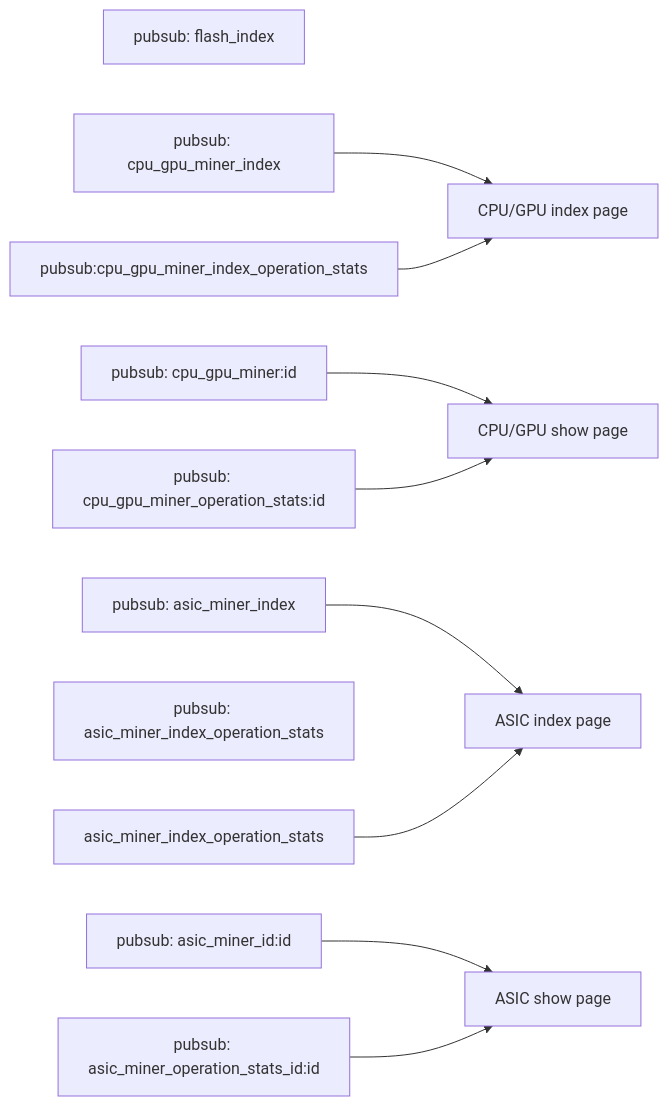
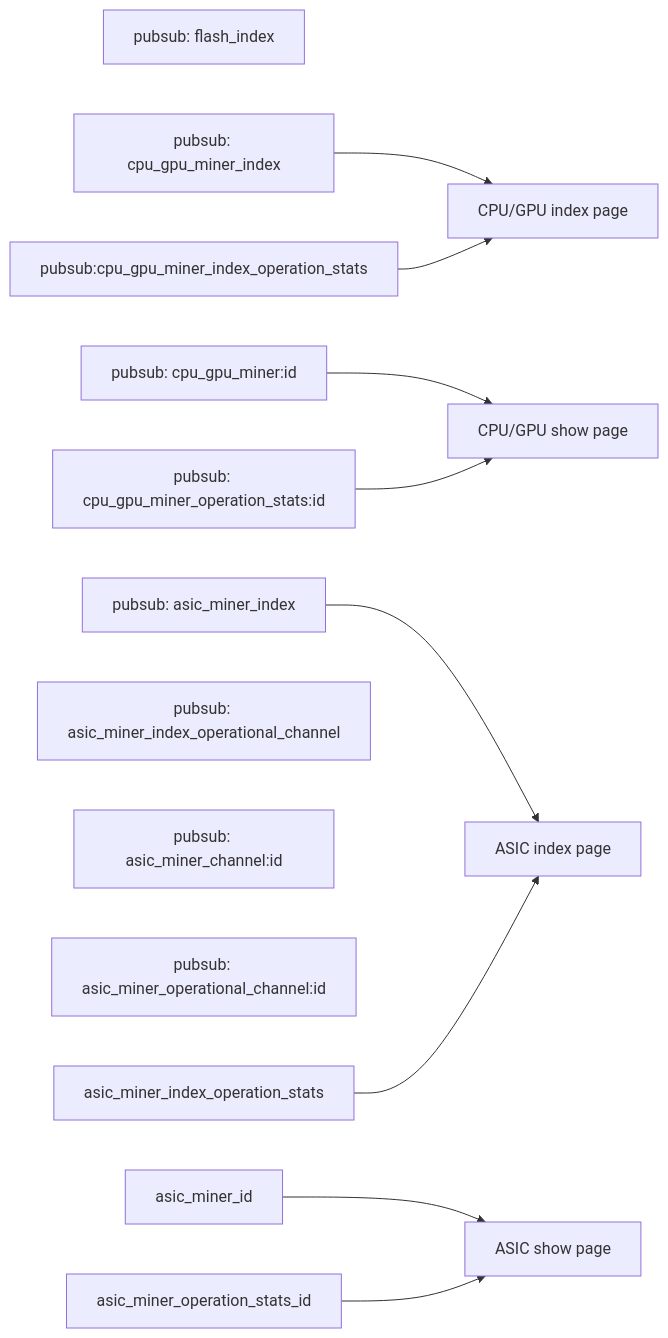
One commit to nguyenvinhlinh/Mining-Rig-Monitor-Document changed the diagram in docs/042-pubsub-channel-summary.md. Above: the diagram before and after it, drawn with Mermaid. The commit also changed other lines of this file and 3 other files, not shown here.

````diff
--- a/docs/042-pubsub-channel-summary.md
+++ b/docs/042-pubsub-channel-summary.md
@@ -23,31 +23,31 @@
 ```mermaid
 flowchart LR
     flash_index[pubsub: flash_index]
 
     cpu_gpu_miner_index[pubsub: cpu_gpu_miner_index]
     cpu_gpu_miner_index_operation_stats[pubsub:cpu_gpu_miner_index_operation_stats]
     cpu_gpu_miner_id[pubsub: cpu_gpu_miner:id]
     cpu_gpu_miner_operation_stats_id[pubsub: cpu_gpu_miner_operation_stats:id]
 
     asic_miner_index[pubsub: asic_miner_index]
-    asic_miner_aggregated_index[pubsub: asic_miner_index_operation_stats]
-    asic_miner_id[pubsub: asic_miner_id:id]
-    asic_miner_operation_stats_id[pubsub: asic_miner_operation_stats_id:id]
+    asic_miner_index_operational_channel[pubsub: asic_miner_index_operational_channel]
+    asic_miner_channel:id[pubsub: asic_miner_channel:id]
+    asic_miner_operational_channel:id[pubsub: asic_miner_operational_channel:id]
 
     cpu_gpu_index_page[CPU/GPU index page]
     cpu_gpu_show_page[CPU/GPU show page]
 
     asic_index_page[ASIC index page]
     asic_show_page[ASIC show page]
 
 
     cpu_gpu_miner_index --> cpu_gpu_index_page
     cpu_gpu_miner_index_operation_stats --> cpu_gpu_index_page
     cpu_gpu_miner_id --> cpu_gpu_show_page
     cpu_gpu_miner_operation_stats_id --> cpu_gpu_show_page
 
     asic_miner_index --> asic_index_page
     asic_miner_index_operation_stats --> asic_index_page
     asic_miner_id --> asic_show_page
     asic_miner_operation_stats_id --> asic_show_page
 ```
````
